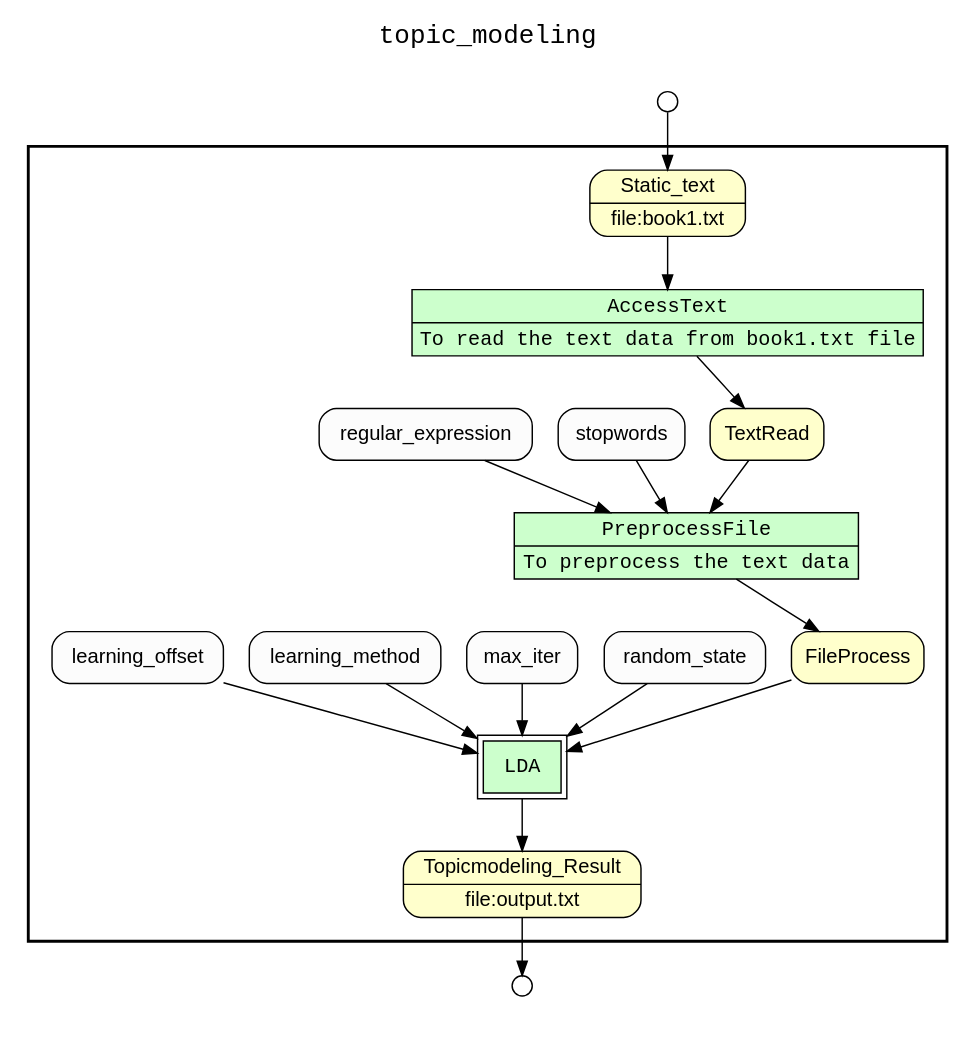
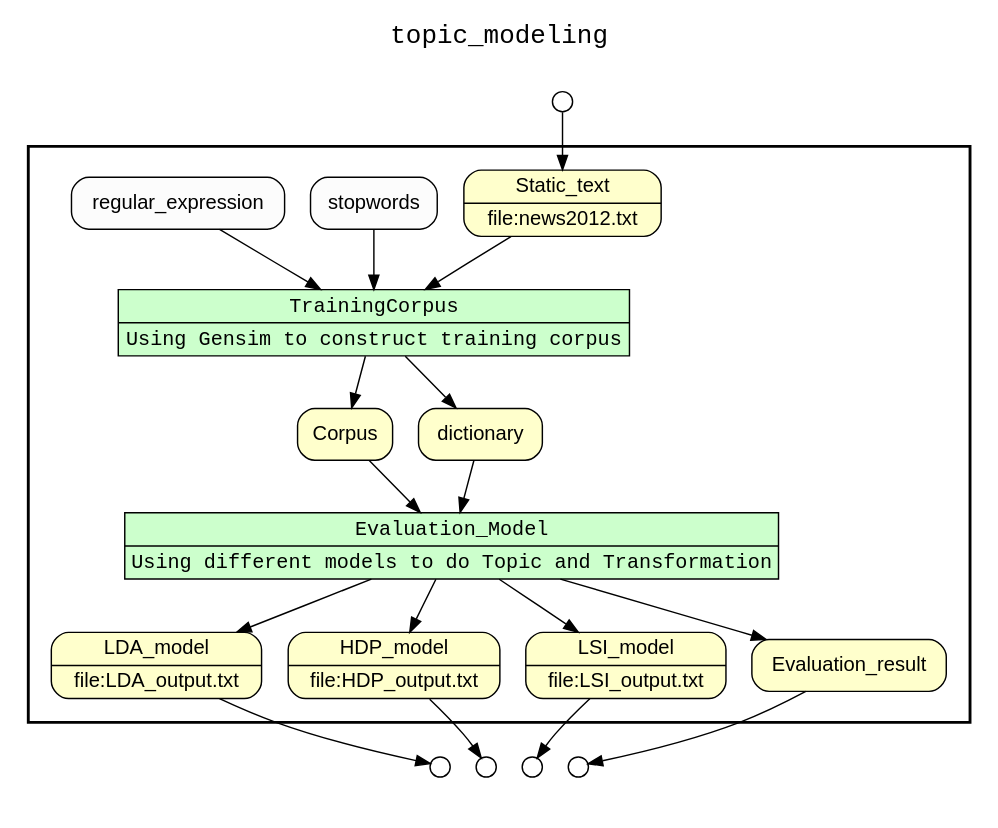
Before and after one commit to LanLi2017/yw-text-mining: the diagram in text_mining/topic_modeling/results/complete_wf_graph_uri.gv, drawn with Graphviz. The commit also changed 51 other files, not shown here.

```diff
--- a/text_mining/topic_modeling/results/complete_wf_graph_uri.gv
+++ b/text_mining/topic_modeling/results/complete_wf_graph_uri.gv
@@ -1,43 +1,50 @@
 digraph Workflow {
 rankdir=TB
 fontname=Courier; fontsize=18; labelloc=t
 label=topic_modeling
 subgraph cluster_workflow_box_outer { label=""; color=black; penwidth=2
 subgraph cluster_workflow_box_inner { label=""; color=white
 node[shape=box style=filled fillcolor="#CCFFCC" peripheries=1 fontname=Courier]
-AccessText [shape=record rankdir=LR label="{<f0> AccessText |<f1> To read the text data from book1.txt file}"];
-PreprocessFile [shape=record rankdir=LR label="{<f0> PreprocessFile |<f1> To preprocess the text data}"];
 node[shape=box style=filled fillcolor="#CCFFCC" peripheries=2 fontname=Courier]
-LDA
+TrainingCorpus [shape=record rankdir=LR label="{<f0> TrainingCorpus |<f1> Using Gensim to construct training corpus}"];
+Evaluation_Model [shape=record rankdir=LR label="{<f0> Evaluation_Model |<f1> Using different models to do Topic and Transformation}"];
 node[shape=box style="rounded,filled" fillcolor="#FFFFCC" peripheries=1 fontname=Helvetica]
-Topicmodeling_Result [shape=record rankdir=LR label="{<f0> Topicmodeling_Result |<f1> file\:output.txt}"];
-Static_text [shape=record rankdir=LR label="{<f0> Static_text |<f1> file\:book1.txt}"];
-TextRead
-FileProcess
+LDA_model [shape=record rankdir=LR label="{<f0> LDA_model |<f1> file\:LDA_output.txt}"];
+HDP_model [shape=record rankdir=LR label="{<f0> HDP_model |<f1> file\:HDP_output.txt}"];
+LSI_model [shape=record rankdir=LR label="{<f0> LSI_model |<f1> file\:LSI_output.txt}"];
+Evaluation_result
+Static_text [shape=record rankdir=LR label="{<f0> Static_text |<f1> file\:news2012.txt}"];
+Corpus
+dictionary
 node[shape=box style="rounded,filled" fillcolor="#FCFCFC" peripheries=1 fontname=Helvetica]
-AccessText -> TextRead
-Static_text -> AccessText
-PreprocessFile -> FileProcess
-stopwords -> PreprocessFile
-regular_expression -> PreprocessFile
-TextRead -> PreprocessFile
-LDA -> Topicmodeling_Result
-FileProcess -> LDA
-random_state -> LDA
-max_iter -> LDA
-learning_method -> LDA
-learning_offset -> LDA
+TrainingCorpus -> Corpus
+TrainingCorpus -> dictionary
+Static_text -> TrainingCorpus
+stopwords -> TrainingCorpus
+regular_expression -> TrainingCorpus
+Evaluation_Model -> LDA_model
+Evaluation_Model -> HDP_model
+Evaluation_Model -> LSI_model
+Evaluation_Model -> Evaluation_result
+Corpus -> Evaluation_Model
+dictionary -> Evaluation_Model
 }}
 subgraph cluster_input_ports_group_outer { label=""; color=white
 subgraph cluster_input_ports_group_inner { label=""; color=white
 node[shape=circle style="rounded,filled" fillcolor="#FFFFFF" peripheries=1 fontname=Helvetica width=0.2]
 Static_text_input_port [label=""]
 }}
 subgraph cluster_output_ports_group_outer { label=""; color=white
 subgraph cluster_output_ports_group_inner { label=""; color=white
 node[shape=circle style="rounded,filled" fillcolor="#FFFFFF" peripheries=1 fontname=Helvetica width=0.2]
-Topicmodeling_Result_output_port [label=""]
+LDA_model_output_port [label=""]
+HDP_model_output_port [label=""]
+LSI_model_output_port [label=""]
+Evaluation_result_output_port [label=""]
 }}
 Static_text_input_port -> Static_text
-Topicmodeling_Result -> Topicmodeling_Result_output_port
+LDA_model -> LDA_model_output_port
+HDP_model -> HDP_model_output_port
+LSI_model -> LSI_model_output_port
+Evaluation_result -> Evaluation_result_output_port
 }
```
